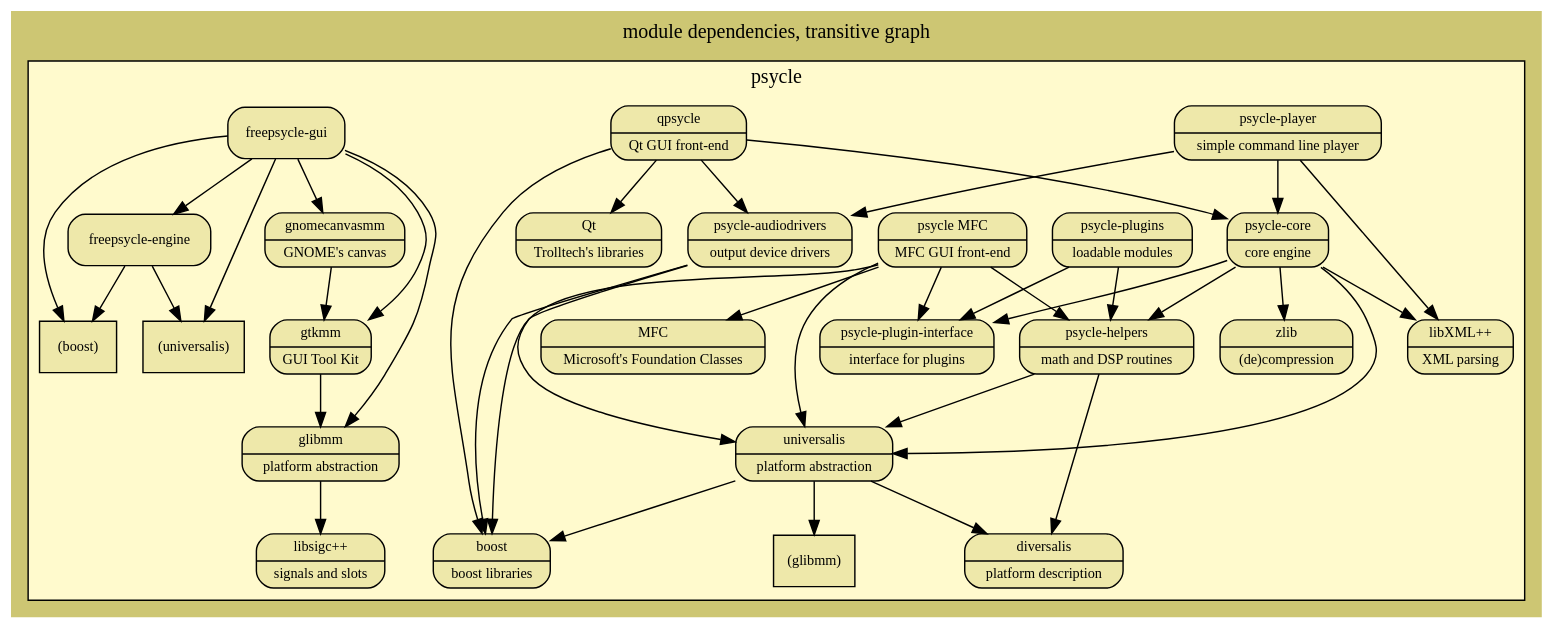
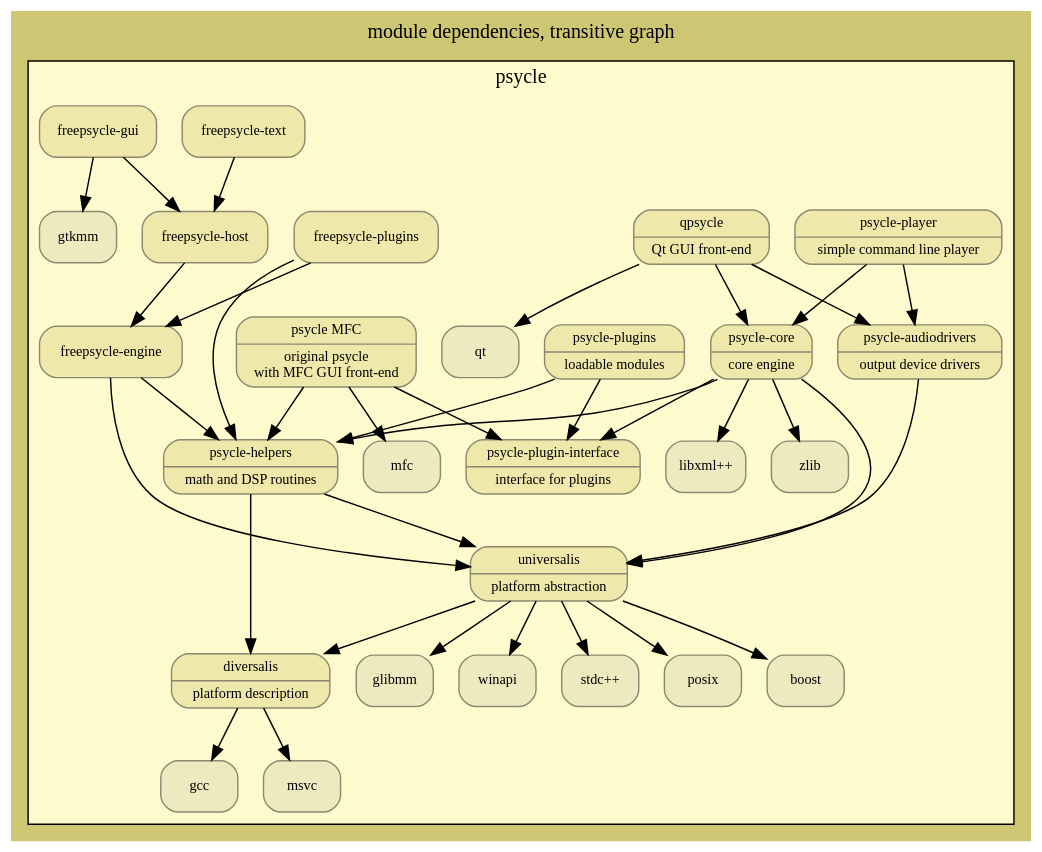
The diagram in dependencies.dot (jpaquim/psycle), drawn with Graphviz before and after one commit. The commit also changed 1 other file, not shown here.

Commit message:
new graph

```diff
--- a/dependencies.dot
+++ b/dependencies.dot
@@ -1,181 +1,146 @@
 // generate the .png image file with: dot dependencies.dot -Tpng > dependencies.png
 digraph dependencies {
 	label = "module dependencies, transitive graph"
-	rankdir = TB
+	//rankdir = TB
 	//rankdir = LR
 	labelloc = t
 	fontname = verdana
 	fontsize = 14
 	bgcolor = khaki3
-	//concentrate = true // ugly line concentrations
+	//concentrate = true // line concentrations
 	ratio = auto
 	node [
 		shape = Mrecord
 		style = rounded
+		color = lemonchiffon4
 		fillcolor = lemonchiffon1
 		fontname = verdana
 		fontsize = 10
 	]
 	
 	subgraph cluster_psycle {
 		label = "psycle"
 		bgcolor = lemonchiffon1
+		
+		node [ style = filled fillcolor = lemonchiffon2 ]
+		"stdc++"// [ label = "{ stdc++ | standard C++ library }" ];
+		//"stdc";
+		"posix";// [ label = "{ POSIX | Portable OS Interface }"];
+		"boost";// [ label = "{ boost | boost libraries }" ];
+		//"libsigc++";// [ label = "{ libsigc++ | signals and slots }" ];
+		"glibmm";// [ label = "{ glibmm | platform abstraction }" ];
+		//"gdkmm" [ label = "{ gdkmm | GUI Drawing Kit }" ];
+		"gtkmm";// [ label = "{ gtkmm | GUI Tool Kit }" ];
+		//"cairomm";
+		//"gnomecanvasmm";// [ label = "{ gnomecanvasmm | GNOME's canvas }" ];
+		//"pangomm";
+		//"atkmm";
+		"qt";// [ label = "{ Qt | Trolltech's libraries }"];
+		"libxml++";// [ label = "{ libXML++ | XML parsing }"];
+		"zlib";// [ label = "{ zlib | (de)compression }"];
+		"winapi";// [ label = "{ WinAPI | Microsoft's API }"];
+		"mfc";// [ label = "{ MFC | Microsoft's Foundation Classes }" ];
+		"gcc";// [ label = "{GCC | GNU C++ Compiler }" ];
+		"msvc";// [ label = "{ MSVC | Microsoft's Visual C++ compiler }" ];
+
+		//"boost" -> "stdc++";
+		//"glibmm" -> "stdc++";
+		//"glibmm" -> "glib";
+		//"glib" -> "stdc";
+		//"glibmm" -> "libsigc++";
+		//"gdkmm" -> "glibmm";
+		//"gdkmm" -> "stdc++";
+		//"gdkmm" -> "gdk";
+		//"gdk" -> "stdc";
+		//"gdkmm" -> "cairomm";
+		//"gtkmm" -> "pangomm";
+		//"gtkmm" -> "atkmm";
+		//"gtkmm" -> "gdkmm";
+		//"gtkmm" -> "glibmm";
+		//"gtkmm" -> "stdc++";
+		//"gtkmm" -> "gtk";
+		//"gtk" -> "stdc";
+		//"gnomecanvasmm" -> "gtkmm";
+		//"gnomecanvasmm" -> "stdc++";
+		//"gnomecanvasmm" -> "gnomecanvas";
+		//"gnomecanvas" -> "stdc";
+		//"qt" -> "stdc++";
+		//"libxml++" -> "stdc++";
+		//"zlib" -> "stdc";
+		//"mfc" -> "msvc";
+		
 		node [ style = filled fillcolor = palegoldenrod ]
+
+		"diversalis" [ label = "{ diversalis | platform description }" ];
+		"diversalis" -> "gcc";
+		"diversalis" -> "msvc";
 		
-		//subgraph cluster_external {
-			//label = "external"
-			//bgcolor = lemonchiffon1
-
-			//"stdc++" [ label = "{ stdc++ | standard C++ library }" ];
-			
-			//"posix" [ label = "{ POSIX | Portable OS Interface }" ];
-
-			"boost" [ label = "{ boost | boost libraries }" ];
-			//"boost" -> "stdc++";
-			//"stdc++" -> "stdc";
-
-			"libsigc++" [ label = "{ libsigc++ | signals and slots }" ];
-
-			"glibmm" [ label = "{ glibmm | platform abstraction }" ];
-			//"glibmm" -> "stdc++";
-			//"glibmm" -> "glib";
-			//"glib" -> "stdc";
-			"glibmm" -> "libsigc++";
-			
-			//"gdkmm" [ label = "{ gdkmm | GUI Drawing Kit }" ];
-			//"gdkmm" -> "glibmm";
-			//"gdkmm" -> "stdc++";
-			//"gdkmm" -> "gdk";
-			//"gdk" -> "stdc";
-			
-			//"cairomm";
-			//"gdkmm" -> "cairomm";
-			
-			//"pangomm";
-			//"gtkmm" -> "pangomm";
-			
-			//"atkmm";
-			//"gtkmm" -> "atkmm";
-
-			"gtkmm" [ label = "{ gtkmm | GUI Tool Kit }" ];
-			//"gtkmm" -> "gdkmm";
-			"gtkmm" -> "glibmm";
-			//"gtkmm" -> "stdc++";
-			//"gtkmm" -> "gtk";
-			//"gtk" -> "stdc";
-			
-			"gnomecanvasmm" [ label = "{ gnomecanvasmm | GNOME's canvas }" ];
-			"gnomecanvasmm" -> "gtkmm";
-			//"gnomecanvasmm" -> "stdc++";
-			//"gnomecanvasmm" -> "gnomecanvas";
-			//"gnomecanvas" -> "stdc";
-			
-			"qt" [ label = "{ Qt | Trolltech's libraries }"];
-			//"qt" -> "stdc++";
-			
-			//subgraph cluster_microsoft {
-				//label = "microsoft"
-				//bgcolor = khaki
-				//"msvc" [ label = "{ MSVC | Microsoft's Visual C++ compiler }"];
-			
-				"mfc" [ label = "{ MFC | Microsoft's Foundation Classes }" ];
-				//"mfc" -> "msvc";
-			//}
-
-			"libxml++" [ label = "{ libXML++ | XML parsing }"];
-			//"libxml++" -> "stdc++";
-
-			"zlib" [ label = "{ zlib | (de)compression }"];
-			//"zlib" -> "stdc";
-		//}
-		
-		//subgraph cluster_cross_platform {
-			//label = "cross-platform"
-			//bgcolor = lemonchiffon1
-			"diversalis" [ label = "{ diversalis | platform description }" ];
-			"universalis" [ label = "{ universalis | platform abstraction }" ];
-			"universalis" -> "diversalis";
-			"universalis" -> "boost";
-			"universalis" -> "(glibmm)";
-			//"universalis" -> "posix";
-			//"universalis" -> "stdc++";
-		//}
+		"universalis" [ label = "{ universalis | platform abstraction }" ];
+		"universalis" -> "diversalis";
+		"universalis" -> "boost";
+		"universalis" -> "glibmm";
+		"universalis" -> "posix";
+		"universalis" -> "stdc++";
+		"universalis" -> "winapi";
 		
 		"psycle-helpers" [ label = "{ psycle-helpers | math and DSP routines }" ];
 		"psycle-helpers" -> "universalis";
 		"psycle-helpers" -> "diversalis";
-		
+	
 		"psycle-plugin-interface" [label = "{psycle-plugin-interface | interface for plugins }"];
-		
+	
 		"psycle-core" [ label = "{ psycle-core | core engine }" ];
 		"psycle-core" -> "psycle-plugin-interface";
 		"psycle-core" -> "psycle-helpers";
 		"psycle-core" -> "universalis";
+		//"psycle-core" -> "boost";
 		"psycle-core" -> "zlib";
 		"psycle-core" -> "libxml++";
-		
+	
 		"psycle-audiodrivers" [ label = "{ psycle-audiodrivers | output device drivers }"];
 		"psycle-audiodrivers" -> "universalis";
-		"psycle-audiodrivers" -> "boost";
-		
+		//"psycle-audiodrivers" -> "boost";
+	
 		"psycle-player" [ label = "{ psycle-player | simple command line player }"];
 		"psycle-player" -> "psycle-core";
 		"psycle-player" -> "psycle-audiodrivers";
-		"psycle-player" -> "libxml++";
-		
+		//"psycle-player" -> "libxml++";
+	
 		"psycle-plugins" [ label = "{ psycle-plugins | loadable modules }"];
 		"psycle-plugins" -> "psycle-plugin-interface";
 		"psycle-plugins" -> "psycle-helpers";
 
-		//subgraph cluster_gui {
-			//label = "GUI"
-			//bgcolor = lemonchiffon1
-			"qpsycle" [ label = "{ qpsycle | Qt GUI front-end }" ];
-			"qpsycle" -> "psycle-core";
-			"qpsycle" -> "psycle-audiodrivers";
-			"qpsycle" -> "boost";
-			"qpsycle" -> "qt";
-			
-			"psycle-mfc" [ label = "{ psycle MFC | MFC GUI front-end }" ];
-			"psycle-mfc" -> "psycle-plugin-interface";
-			"psycle-mfc" -> "psycle-helpers";
-			"psycle-mfc" -> "universalis";
-			//"psycle-mfc" -> "diversalis";
-			"psycle-mfc" -> "boost";
-			"psycle-mfc" -> "mfc";
-		//}
+		"qpsycle" [ label = "{ qpsycle | Qt GUI front-end }" ];
+		"qpsycle" -> "qt";
+		"qpsycle" -> "psycle-core";
+		"qpsycle" -> "psycle-audiodrivers";
+		//"qpsycle" -> "universalis";
+		//"qpsycle" -> "boost";
+
+		"psycle-mfc" [ label = "{ psycle MFC | original psycle\nwith MFC GUI front-end }" ];
+		"psycle-mfc" -> "mfc";
+		"psycle-mfc" -> "psycle-plugin-interface";
+		"psycle-mfc" -> "psycle-helpers";
+		//"psycle-mfc" -> "universalis";
+		//"psycle-mfc" -> "boost";
 		
-		//subgraph cluster_ufo {
-			//label = "UFO"
-			//bgcolor = lemonchiffon1
-			"freepsycle-engine" -> "(universalis)";
-			"freepsycle-engine" -> "(boost)";
-			"freepsycle-gui" -> "freepsycle-engine";
-			"freepsycle-gui" -> "(universalis)";
-			"freepsycle-gui" -> "(boost)" ;
-			"freepsycle-gui" -> "glibmm";
-			"freepsycle-gui" -> "gtkmm";
-			"freepsycle-gui" -> "gnomecanvasmm";
-		//}
-		
-		/*
-		subgraph cluster_buzz {
-			label = "buzz"
-			bgcolor = khaki
-			"aldrin" -> "libzzub";
-			"buzé" -> "libzzub";
-			"aldrin" -> "pygtk";
-			"pygtk" -> "gtk";
-			"gtkmm" -> "gtk";
-			"psy2zzub" -> "psycle-plugins";
-			"psy2zzub" -> "libzzub";
-		}
-		*/
-
-		subgraph refs {
-			"(universalis)" [ shape = box style = filled ];
-			"(boost)" [ shape = box style = filled ];
-			"(glibmm)" [ shape = box style = filled ];
-		}
+		"freepsycle-engine" -> "universalis";
+		//"freepsycle-engine" -> "boost";
+		"freepsycle-engine" -> "psycle-helpers";
+		"freepsycle-plugins" -> "freepsycle-engine";
+		//"freepsycle-plugins" -> "universalis";
+		//"freepsycle-plugins" -> "boost";
+		"freepsycle-plugins" -> "psycle-helpers";
+		"freepsycle-host" -> "freepsycle-engine";
+		//"freepsycle-text" -> "freepsycle-engine";
+		"freepsycle-text" -> "freepsycle-host";
+		//"freepsycle-gui" -> "freepsycle-engine";
+		"freepsycle-gui" -> "freepsycle-host";
+		//"freepsycle-gui" -> "universalis";
+		//"freepsycle-gui" -> "boost" ;
+		//"freepsycle-gui" -> "glibmm";
+		"freepsycle-gui" -> "gtkmm";
+		//"freepsycle-gui" -> "gnomecanvasmm";
+		//"freepsycle-gui" -> "libsigc++";
 	}
 }
```
